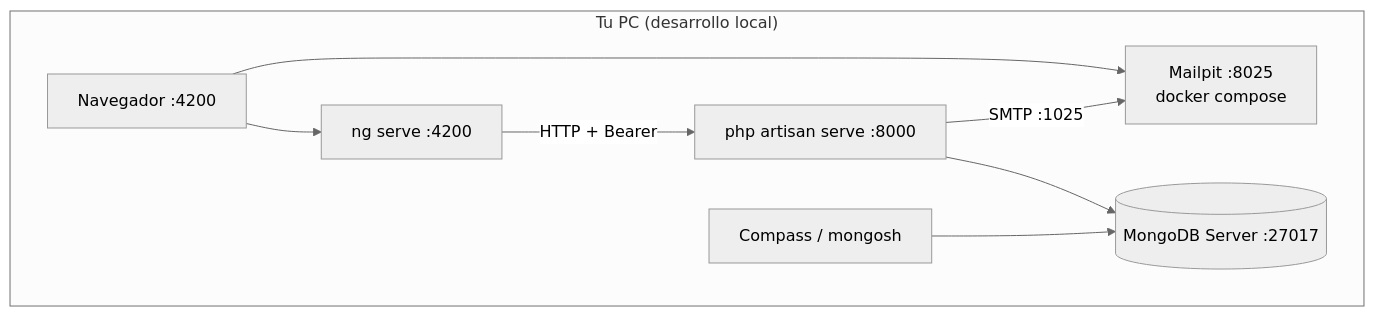
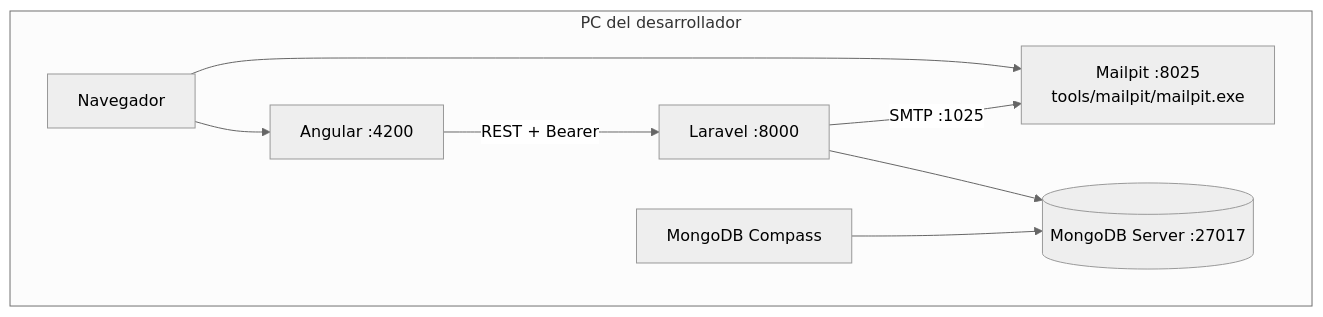
One commit to Migue716/Examen-Tap-Terminal changed the second of 6 diagrams in ARCHITECTURE.md. Above: the diagram before and after it, drawn with Mermaid (neutral theme). The commit also changed other lines of this file and 2 other files, not shown here.

````diff
--- a/ARCHITECTURE.md
+++ b/ARCHITECTURE.md
@@ -31,18 +55,18 @@
 ```mermaid
 flowchart TB
-    subgraph Host["Tu PC (desarrollo local)"]
-        Browser["Navegador :4200"]
-        Compass["Compass / mongosh"]
-        BE["php artisan serve :8000"]
-        FE["ng serve :4200"]
+    subgraph Host["PC del desarrollador"]
+        Browser["Navegador"]
+        Compass["MongoDB Compass"]
+        FE["Angular :4200"]
+        BE["Laravel :8000"]
+        MP["Mailpit :8025<br/>tools/mailpit/mailpit.exe"]
         Mongo[(MongoDB Server :27017)]
-        MP["Mailpit :8025<br/>docker compose"]
     end
 
     Browser --> FE
     Browser --> MP
-    FE -->|"HTTP + Bearer"| BE
+    FE -->|"REST + Bearer"| BE
+    BE -->|"SMTP :1025"| MP
     BE --> Mongo
-    BE -->|"SMTP :1025"| MP
     Compass --> Mongo
 ```
````
